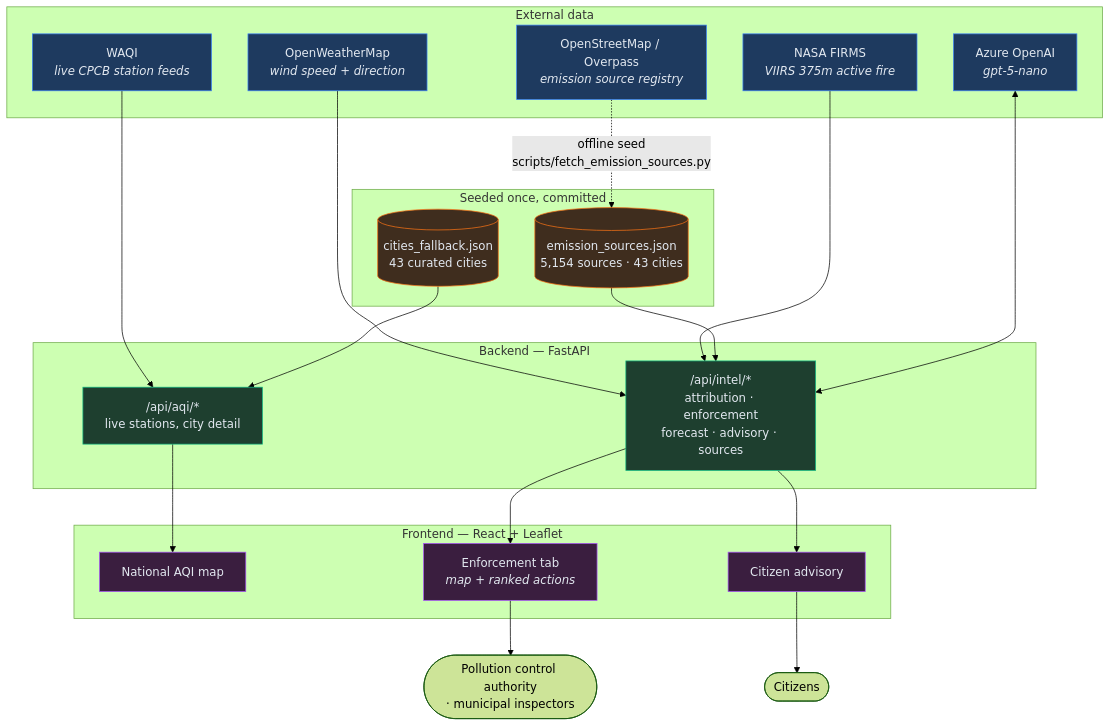
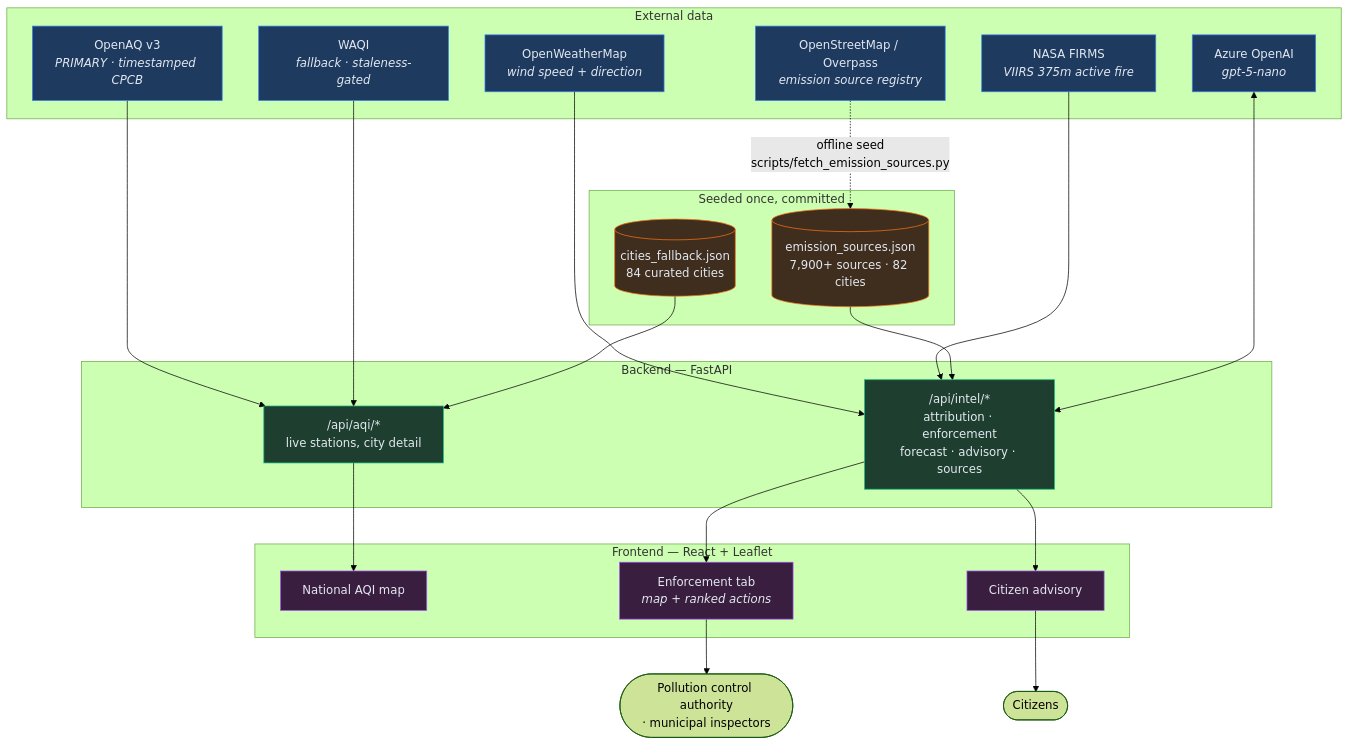
Before and after one commit to arnav-rishi/Airwatch-ET: the first of 6 diagrams in docs/ARCHITECTURE.md, drawn with Mermaid (forest theme). The commit also changed other lines of this file and 5 other files, not shown here.

````diff
--- a/docs/ARCHITECTURE.md
+++ b/docs/ARCHITECTURE.md
@@ -12,52 +12,54 @@
 ```mermaid
 flowchart TB
     subgraph EXT["External data"]
-        WAQI["WAQI<br/><i>live CPCB station feeds</i>"]
+        OAQ["OpenAQ v3<br/><i>PRIMARY · timestamped CPCB</i>"]
+        WAQI["WAQI<br/><i>fallback · staleness-gated</i>"]
         OWM["OpenWeatherMap<br/><i>wind speed + direction</i>"]
         FIRMS["NASA FIRMS<br/><i>VIIRS 375m active fire</i>"]
         OSM["OpenStreetMap / Overpass<br/><i>emission source registry</i>"]
         AZ["Azure OpenAI<br/><i>gpt-5-nano</i>"]
     end
 
     subgraph SEED["Seeded once, committed"]
-        REG[("emission_sources.json<br/>5,154 sources · 43 cities")]
-        CITIES[("cities_fallback.json<br/>43 curated cities")]
+        REG[("emission_sources.json<br/>7,900+ sources · 82 cities")]
+        CITIES[("cities_fallback.json<br/>84 curated cities")]
     end
 
     subgraph API["Backend — FastAPI"]
         AQI["/api/aqi/*<br/>live stations, city detail"]
         INTEL["/api/intel/*<br/>attribution · enforcement<br/>forecast · advisory · sources"]
     end
 
     subgraph UI["Frontend — React + Leaflet"]
         MAP["National AQI map"]
         ENF["Enforcement tab<br/><i>map + ranked actions</i>"]
         ADV["Citizen advisory"]
     end
 
     USERS(["Pollution control authority<br/>· municipal inspectors"])
     CITIZEN(["Citizens"])
 
     OSM -.->|"offline seed<br/>scripts/fetch_emission_sources.py"| REG
+    OAQ --> AQI
     WAQI --> AQI
     OWM --> INTEL
     FIRMS --> INTEL
     REG --> INTEL
     CITIES --> AQI
     AZ <--> INTEL
 
     AQI --> MAP
     INTEL --> ENF
     INTEL --> ADV
     ENF --> USERS
     ADV --> CITIZEN
 
     classDef ext fill:#1e3a5f,stroke:#3b82f6,color:#e2e8f0
     classDef seed fill:#3f2d1e,stroke:#f97316,color:#e2e8f0
     classDef api fill:#1e3f2f,stroke:#10b981,color:#e2e8f0
     classDef ui fill:#3a1e3f,stroke:#a855f7,color:#e2e8f0
-    class WAQI,OWM,FIRMS,OSM,AZ ext
+    class OAQ,WAQI,OWM,FIRMS,OSM,AZ ext
     class REG,CITIES seed
     class AQI,INTEL api
     class MAP,ENF,ADV ui
 ```
````
